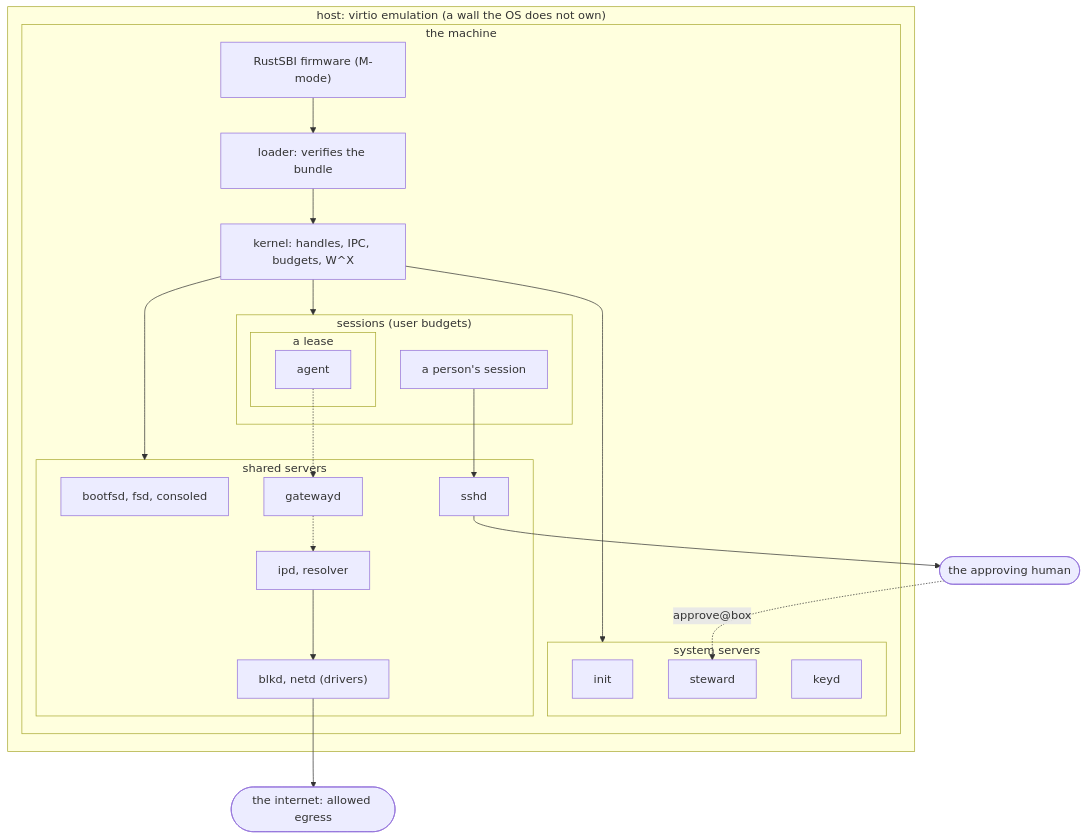
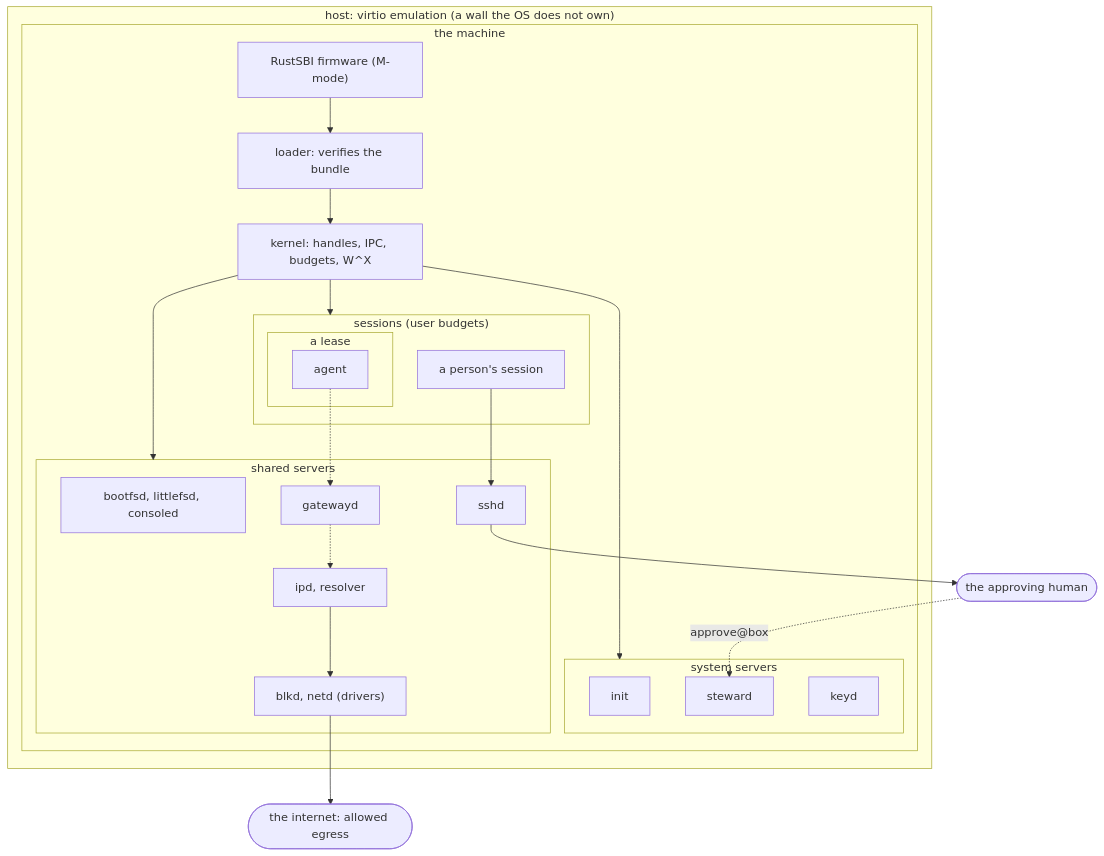
Before and after one commit to sirmick/redoubt: the diagram in docs/TENETS.md, drawn with Mermaid. The commit also changed 25 other files, not shown here.

````diff
--- a/docs/TENETS.md
+++ b/docs/TENETS.md
@@ -172,41 +172,41 @@
 ```mermaid
 flowchart TB
     subgraph HOST["host: virtio emulation (a wall the OS does not own)"]
       subgraph M["the machine"]
         FW["RustSBI firmware (M-mode)"]
         LD["loader: verifies the bundle"]
         K["kernel: handles, IPC, budgets, W^X"]
         subgraph SYS["system servers"]
           INIT["init"]
           ST["steward"]
           KD["keyd"]
         end
         subgraph SH["shared servers"]
-          FS["bootfsd, fsd, consoled"]
+          FS["bootfsd, littlefsd, consoled"]
           DRV["blkd, netd (drivers)"]
           IPD["ipd, resolver"]
           GW["gatewayd"]
           SSHD["sshd"]
         end
         subgraph SESS["sessions (user budgets)"]
           S["a person's session"]
           subgraph LEASE["a lease"]
             AG["agent"]
           end
         end
       end
     end
     HUMAN(["the approving human"])
     NET(["the internet: allowed egress"])
     FW --> LD --> K
     K --> SYS
     K --> SH
     K --> SESS
     S --> SSHD
     AG -.-> GW
     GW -.-> IPD
     IPD --> DRV
     DRV --> NET
     SSHD --> HUMAN
     HUMAN -.->|"approve@box"| ST
 ```
````
